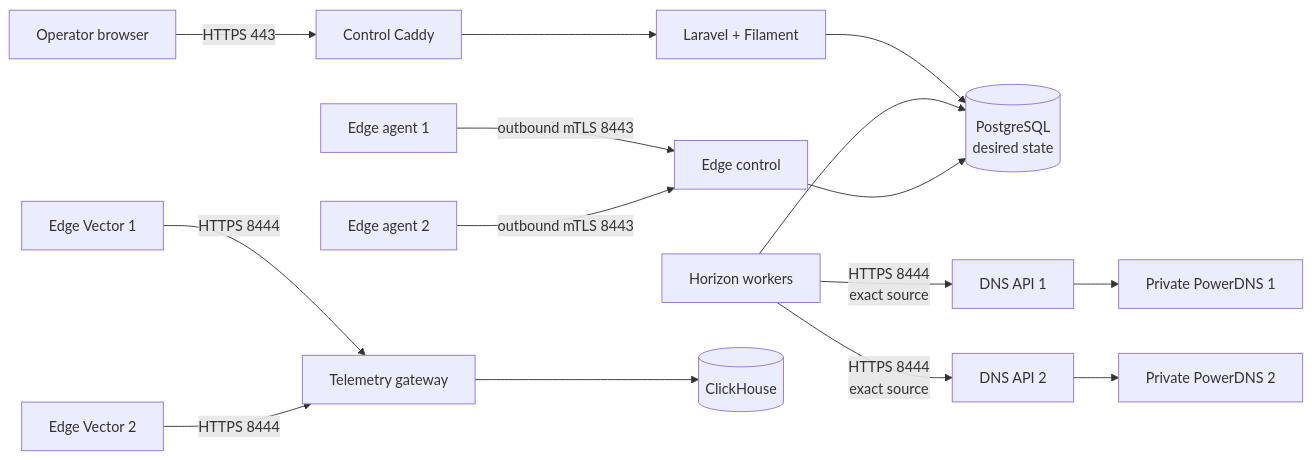
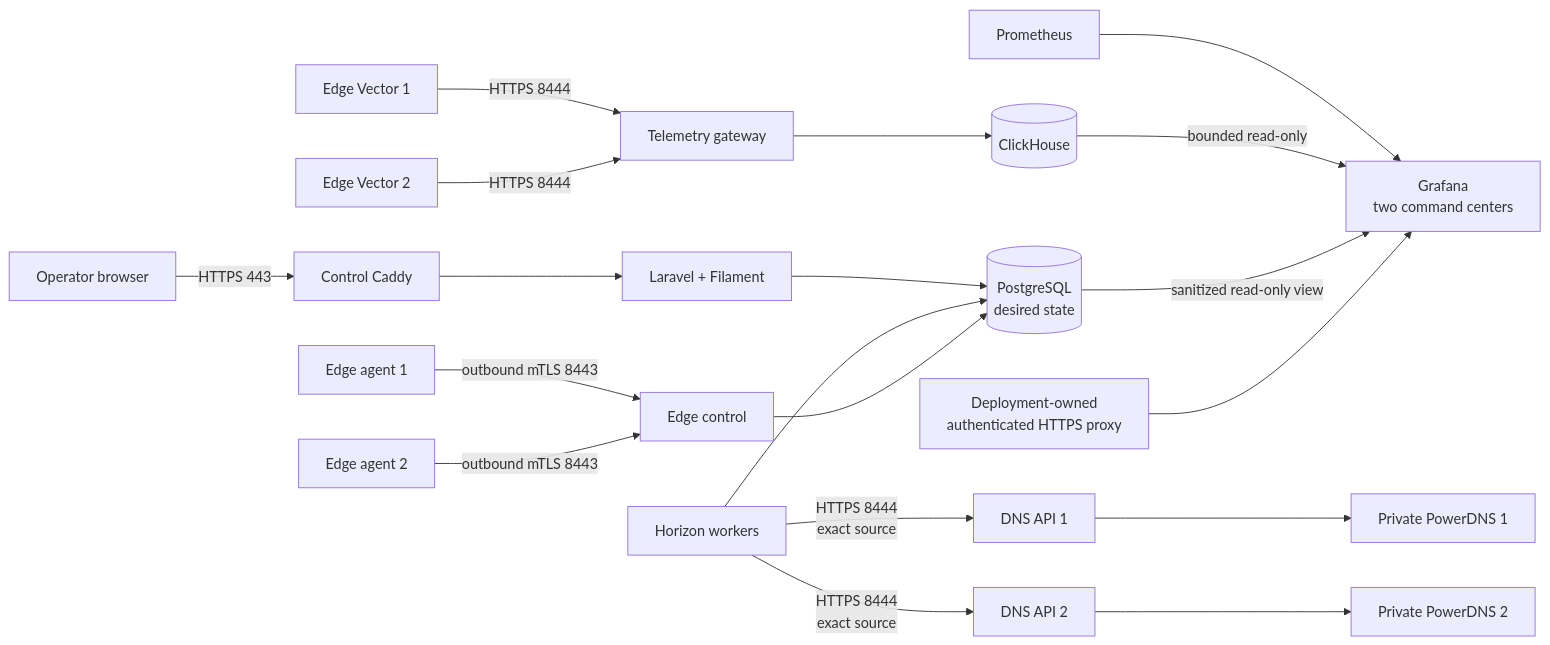
The first of 3 diagrams in docs/deployment/production-quick-start.md (vaheed/CDNFoundry), drawn with Mermaid before and after one commit. The commit also changed other lines of this file and 43 other files, not shown here.

Commit message:
feat(observability): add Grafana command centers

````diff
--- a/docs/deployment/production-quick-start.md
+++ b/docs/deployment/production-quick-start.md
@@ -44,17 +44,21 @@
 ```mermaid
 flowchart LR
     Operator["Operator browser"] -->|"HTTPS 443"| Gateway["Control Caddy"]
     Gateway --> Panel["Laravel + Filament"]
     Panel --> Desired[("PostgreSQL<br/>desired state")]
     Worker["Horizon workers"] --> Desired
     Agent1["Edge agent 1"] -->|"outbound mTLS 8443"| Control["Edge control"]
     Agent2["Edge agent 2"] -->|"outbound mTLS 8443"| Control
     Control --> Desired
     Worker -->|"HTTPS 8444<br/>exact source"| API1["DNS API 1"]
     Worker -->|"HTTPS 8444<br/>exact source"| API2["DNS API 2"]
     API1 --> PDNS1["Private PowerDNS 1"]
     API2 --> PDNS2["Private PowerDNS 2"]
     Vector1["Edge Vector 1"] -->|"HTTPS 8444"| Telemetry["Telemetry gateway"]
     Vector2["Edge Vector 2"] -->|"HTTPS 8444"| Telemetry
     Telemetry --> ClickHouse[("ClickHouse")]
+    Prometheus["Prometheus"] --> Grafana["Grafana<br/>two command centers"]
+    ClickHouse -->|"bounded read-only"| Grafana
+    Desired -->|"sanitized read-only view"| Grafana
+    OpsProxy["Deployment-owned<br/>authenticated HTTPS proxy"] --> Grafana
 ```
````
